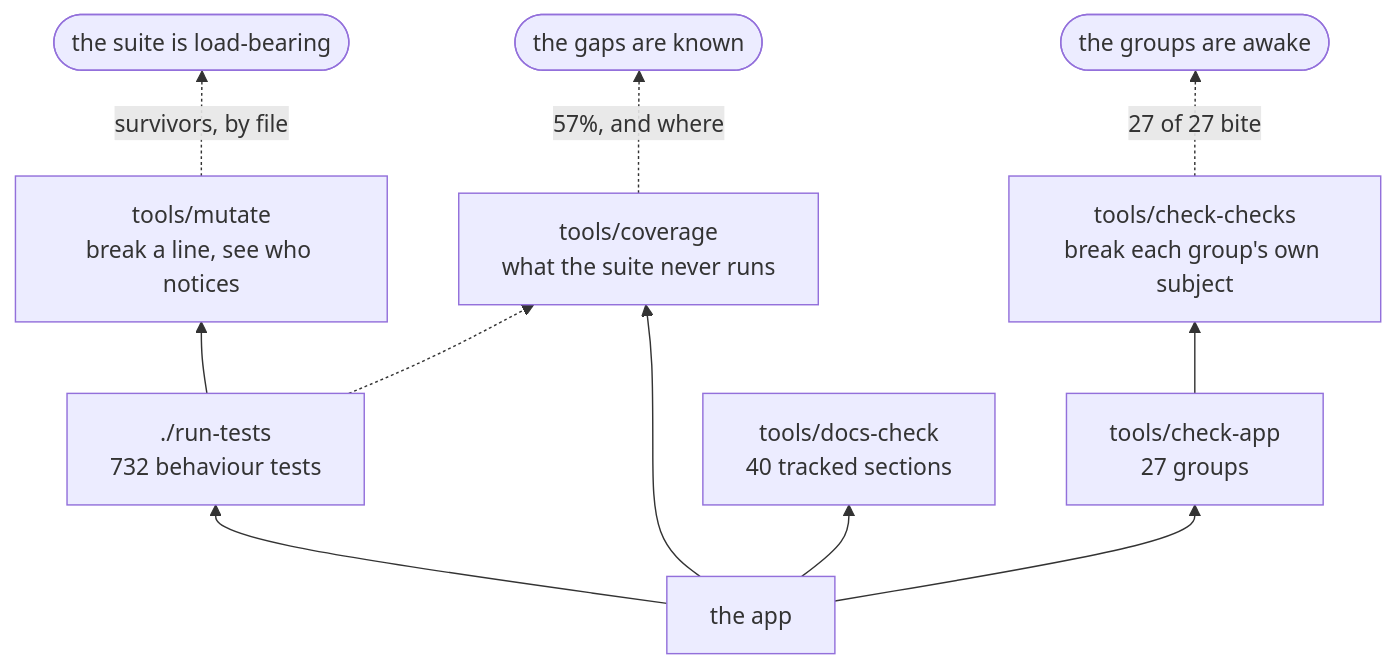
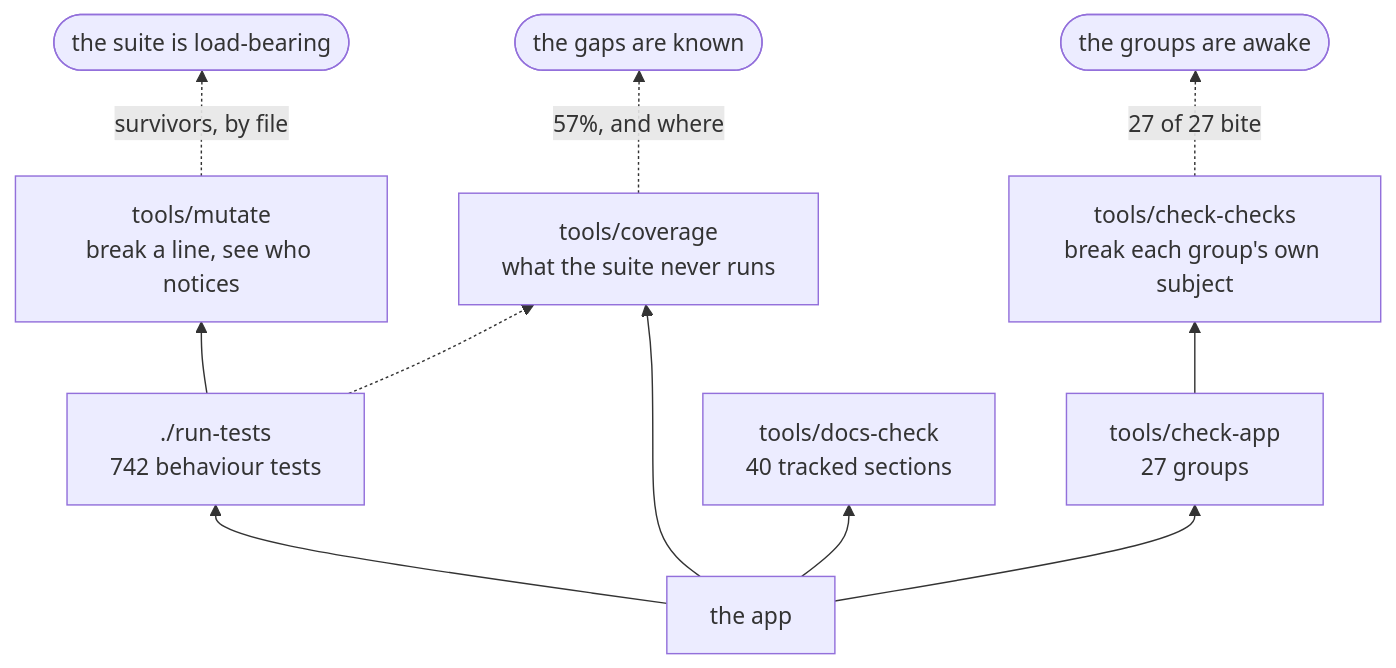
The second of 2 diagrams in docs/DEVELOPING.md (minormending/crystal-pilot-mobile), drawn with Mermaid before and after one commit. The commit also changed other lines of this file and 3 other files, not shown here.

````diff
--- a/docs/DEVELOPING.md
+++ b/docs/DEVELOPING.md
@@ -127,13 +127,13 @@
 ```mermaid
 flowchart BT
-    C["the app"] --> T["./run-tests<br/>732 behaviour tests"]
+    C["the app"] --> T["./run-tests<br/>742 behaviour tests"]
     C --> A["tools/check-app<br/>27 groups"]
     C --> D["tools/docs-check<br/>40 tracked sections"]
     C --> V["tools/coverage<br/>what the suite never runs"]
     T --> M["tools/mutate<br/>break a line, see who notices"]
     A --> K["tools/check-checks<br/>break each group's own subject"]
     T -.-> V
     M -.->|"survivors, by file"| R(["the suite is load-bearing"])
     K -.->|"27 of 27 bite"| R2(["the groups are awake"])
     V -.->|"57%, and where"| R3(["the gaps are known"])
 ```
````
